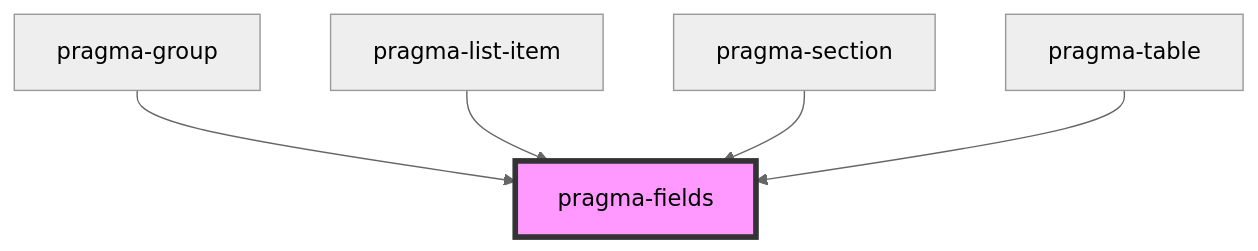
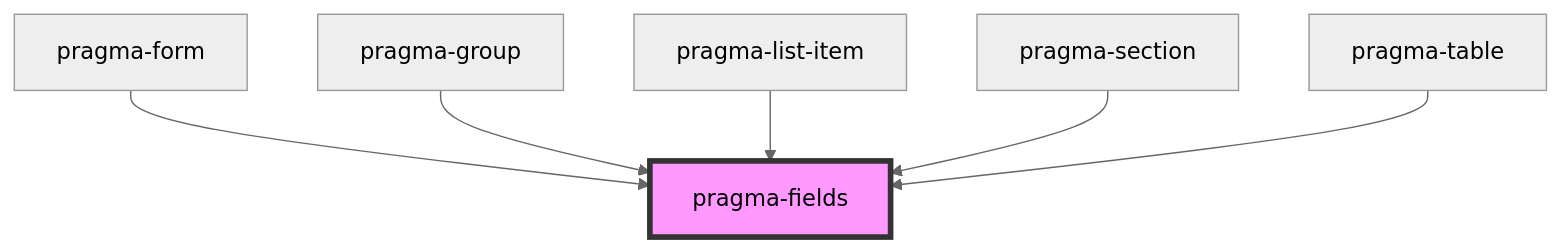
Before and after one commit to hexus/pragma: the diagram in pragma/src/components/pragma-fields/readme.md, drawn with Mermaid (neutral theme). The commit also changed other lines of this file and 22 other files, not shown here.

First line of the commit message:
Started implementing <pragma-form>

````diff
--- a/pragma/src/components/pragma-fields/readme.md
+++ b/pragma/src/components/pragma-fields/readme.md
@@ -25,8 +26,9 @@
 ```mermaid
 graph TD;
+  pragma-form --> pragma-fields
   pragma-group --> pragma-fields
   pragma-list-item --> pragma-fields
   pragma-section --> pragma-fields
   pragma-table --> pragma-fields
   style pragma-fields fill:#f9f,stroke:#333,stroke-width:4px
 ```
````
